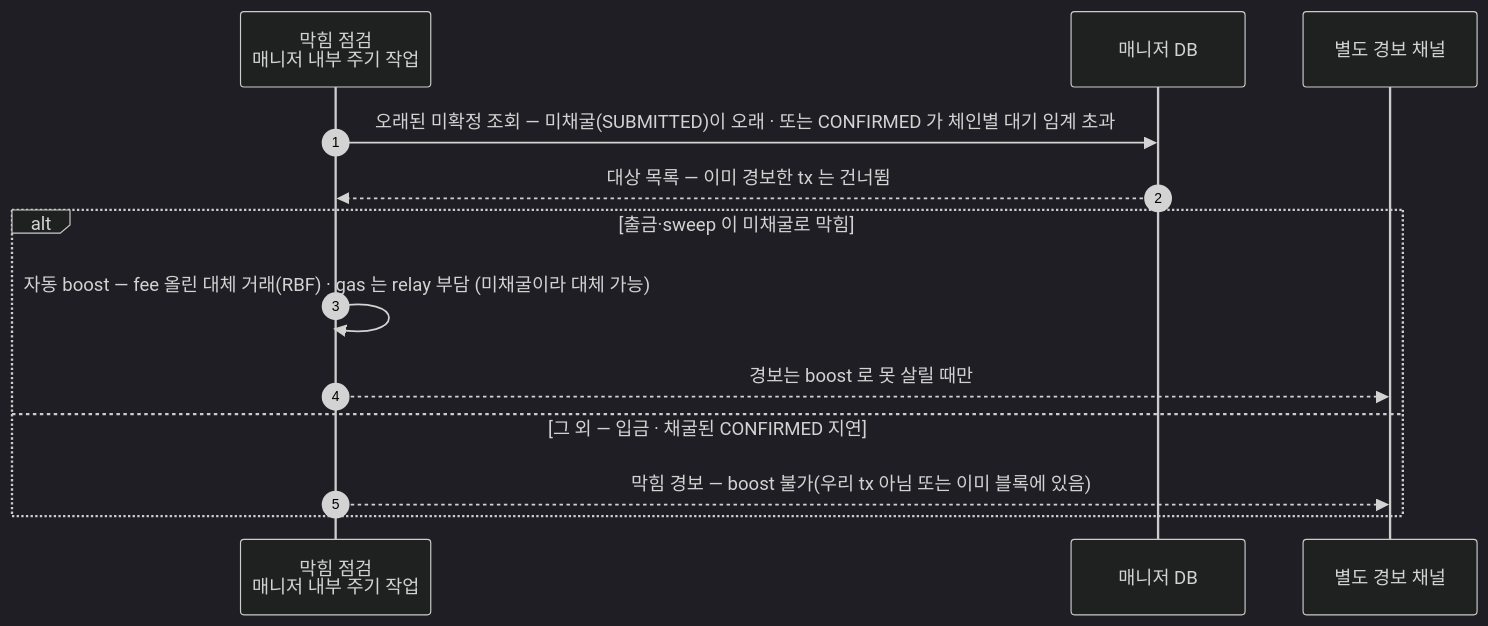
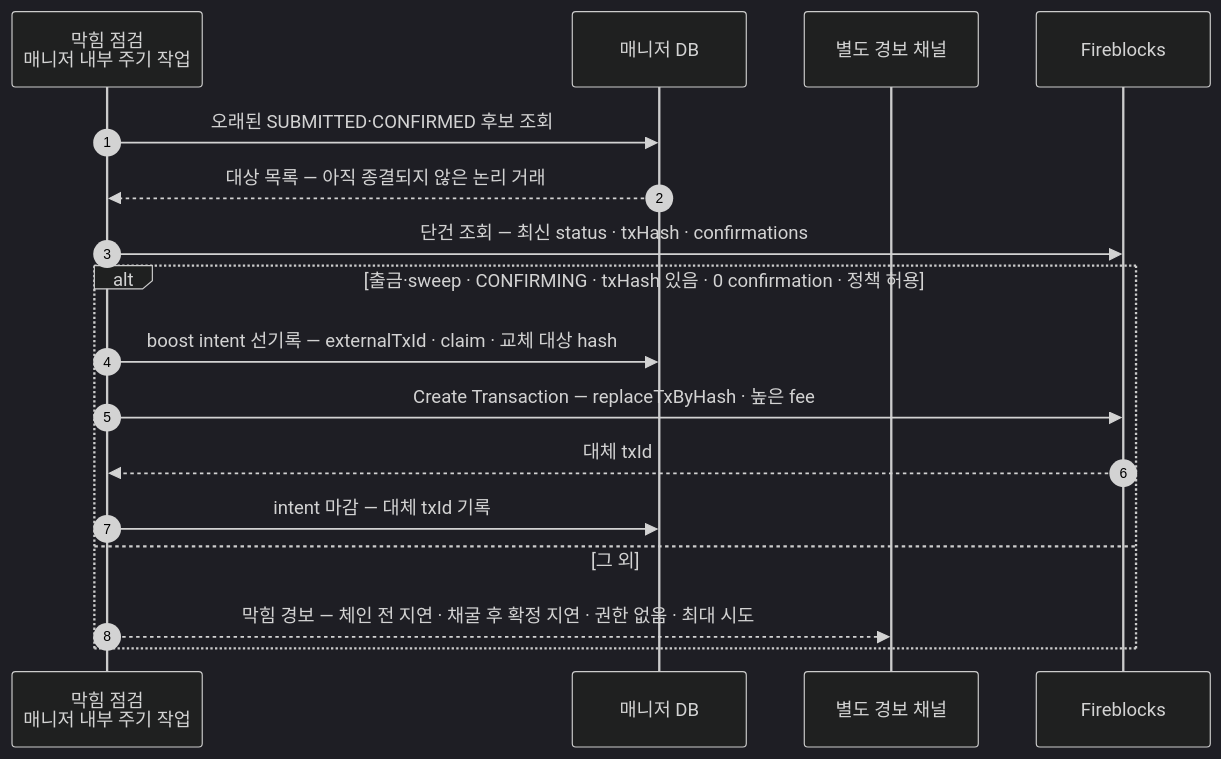
Before and after one commit to eunsujeo/eunpus: the sixth of 6 diagrams in blockchain-manager/docs/BC/설계/02-bcm-flow.md, drawn with Mermaid (dark theme). The commit also changed other lines of this file and 3 other files, not shown here.

````diff
--- a/blockchain-manager/docs/BC/설계/02-bcm-flow.md
+++ b/blockchain-manager/docs/BC/설계/02-bcm-flow.md
@@ -383,16 +393,21 @@
 ```mermaid
 sequenceDiagram
     autonumber
     participant SW as 막힘 점검<br/>매니저 내부 주기 작업
     participant MDB as 매니저 DB
     participant AL as 별도 경보 채널
 
-    SW->>MDB: 오래된 미확정 조회 — 미채굴(SUBMITTED)이 오래 · 또는 CONFIRMED 가 체인별 대기 임계 초과
-    MDB-->>SW: 대상 목록 — 이미 경보한 tx 는 건너뜀
-    alt 출금·sweep 이 미채굴로 막힘
-        SW->>SW: 자동 boost — fee 올린 대체 거래(RBF) · gas 는 relay 부담 (미채굴이라 대체 가능)
-        SW-->>AL: 경보는 boost 로 못 살릴 때만
-    else 그 외 — 입금 · 채굴된 CONFIRMED 지연
-        SW-->>AL: 막힘 경보 — boost 불가(우리 tx 아님 또는 이미 블록에 있음)
+    participant FB as Fireblocks
+
+    SW->>MDB: 오래된 SUBMITTED·CONFIRMED 후보 조회
+    MDB-->>SW: 대상 목록 — 아직 종결되지 않은 논리 거래
+    SW->>FB: 단건 조회 — 최신 status · txHash · confirmations
+    alt 출금·sweep · CONFIRMING · txHash 있음 · 0 confirmation · 정책 허용
+        SW->>MDB: boost intent 선기록 — externalTxId · claim · 교체 대상 hash
+        SW->>FB: Create Transaction — replaceTxByHash · 높은 fee
+        FB-->>SW: 대체 txId
+        SW->>MDB: intent 마감 — 대체 txId 기록
+    else 그 외
+        SW-->>AL: 막힘 경보 — 체인 전 지연 · 채굴 후 확정 지연 · 권한 없음 · 최대 시도
     end
 ```
````
